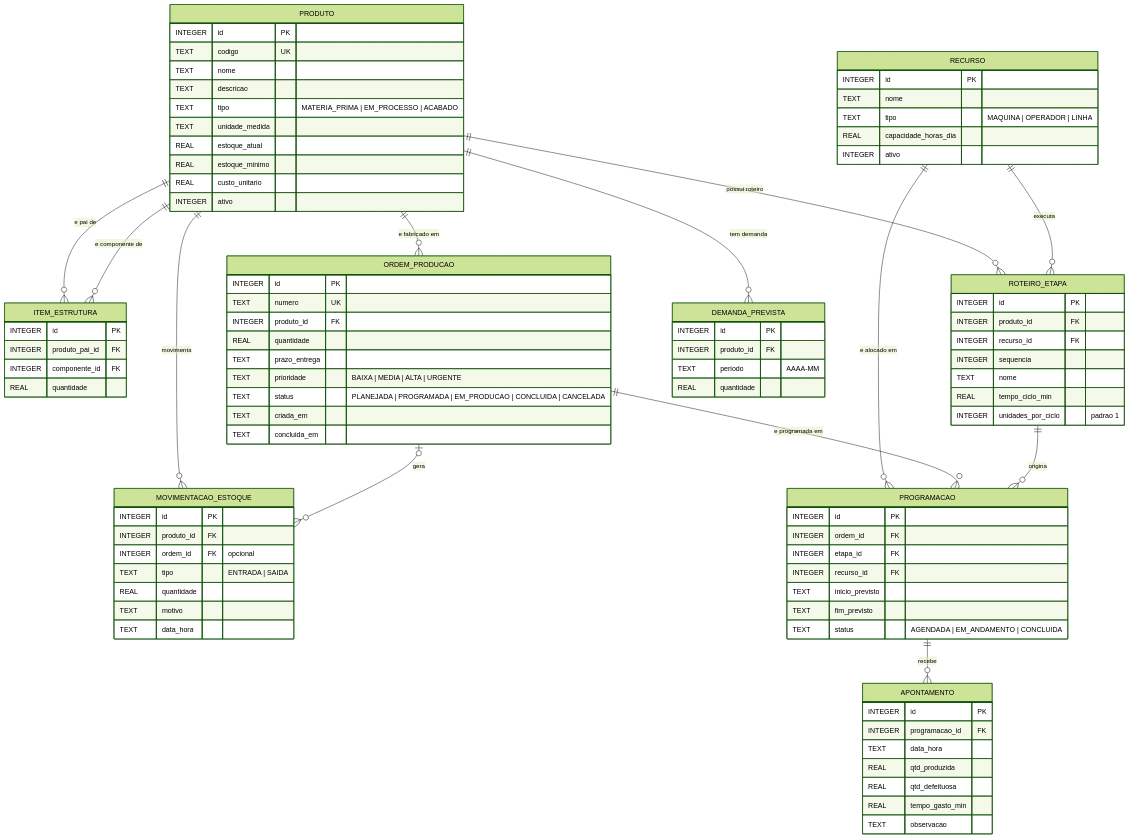
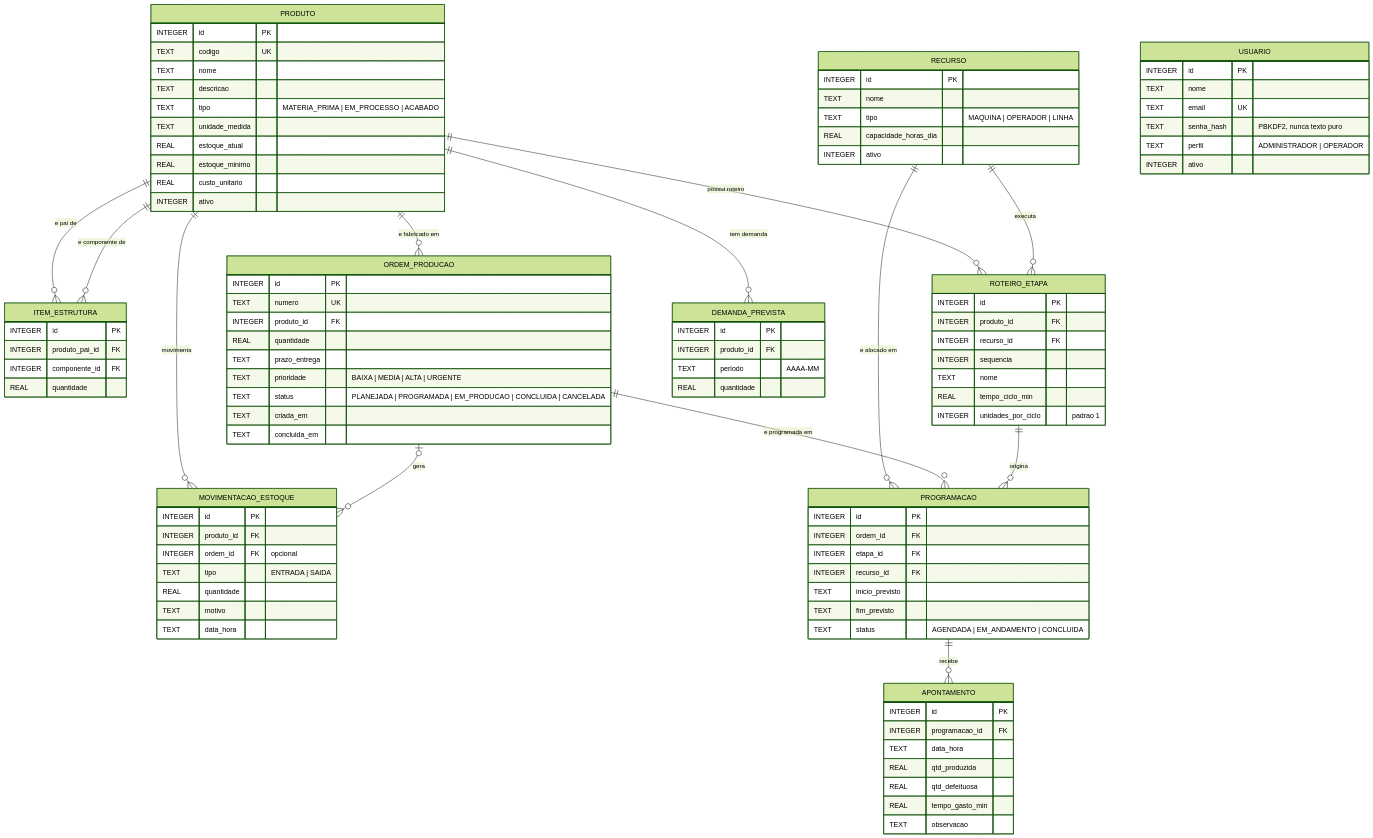
Before and after one commit to luansouzac/fabricx-pcp: the diagram in docs/der/der.mmd, drawn with Mermaid (forest theme). The commit also changed 16 other files, not shown here.

Commit message:
Adiciona usuário com senha em hash PBKDF2, tabela, seed e DER

```diff
--- a/docs/der/der.mmd
+++ b/docs/der/der.mmd
@@ -1,92 +1,100 @@
 erDiagram
     PRODUTO ||--o{ ITEM_ESTRUTURA : "e pai de"
     PRODUTO ||--o{ ITEM_ESTRUTURA : "e componente de"
     PRODUTO ||--o{ ROTEIRO_ETAPA : "possui roteiro"
     PRODUTO ||--o{ ORDEM_PRODUCAO : "e fabricado em"
     PRODUTO ||--o{ MOVIMENTACAO_ESTOQUE : "movimenta"
     PRODUTO ||--o{ DEMANDA_PREVISTA : "tem demanda"
     RECURSO ||--o{ ROTEIRO_ETAPA : "executa"
     RECURSO ||--o{ PROGRAMACAO : "e alocado em"
     ORDEM_PRODUCAO ||--o{ PROGRAMACAO : "e programada em"
     ORDEM_PRODUCAO |o--o{ MOVIMENTACAO_ESTOQUE : "gera"
     ROTEIRO_ETAPA ||--o{ PROGRAMACAO : "origina"
     PROGRAMACAO ||--o{ APONTAMENTO : "recebe"
 
     PRODUTO {
         INTEGER id PK
         TEXT codigo UK
         TEXT nome
         TEXT descricao
         TEXT tipo "MATERIA_PRIMA | EM_PROCESSO | ACABADO"
         TEXT unidade_medida
         REAL estoque_atual
         REAL estoque_minimo
         REAL custo_unitario
         INTEGER ativo
     }
     ITEM_ESTRUTURA {
         INTEGER id PK
         INTEGER produto_pai_id FK
         INTEGER componente_id FK
         REAL quantidade
     }
     RECURSO {
         INTEGER id PK
         TEXT nome
         TEXT tipo "MAQUINA | OPERADOR | LINHA"
         REAL capacidade_horas_dia
         INTEGER ativo
     }
     ROTEIRO_ETAPA {
         INTEGER id PK
         INTEGER produto_id FK
         INTEGER recurso_id FK
         INTEGER sequencia
         TEXT nome
         REAL tempo_ciclo_min
         INTEGER unidades_por_ciclo "padrao 1"
     }
     ORDEM_PRODUCAO {
         INTEGER id PK
         TEXT numero UK
         INTEGER produto_id FK
         REAL quantidade
         TEXT prazo_entrega
         TEXT prioridade "BAIXA | MEDIA | ALTA | URGENTE"
         TEXT status "PLANEJADA | PROGRAMADA | EM_PRODUCAO | CONCLUIDA | CANCELADA"
         TEXT criada_em
         TEXT concluida_em
     }
     PROGRAMACAO {
         INTEGER id PK
         INTEGER ordem_id FK
         INTEGER etapa_id FK
         INTEGER recurso_id FK
         TEXT inicio_previsto
         TEXT fim_previsto
         TEXT status "AGENDADA | EM_ANDAMENTO | CONCLUIDA"
     }
     APONTAMENTO {
         INTEGER id PK
         INTEGER programacao_id FK
         TEXT data_hora
         REAL qtd_produzida
         REAL qtd_defeituosa
         REAL tempo_gasto_min
         TEXT observacao
     }
     MOVIMENTACAO_ESTOQUE {
         INTEGER id PK
         INTEGER produto_id FK
         INTEGER ordem_id FK "opcional"
         TEXT tipo "ENTRADA | SAIDA"
         REAL quantidade
         TEXT motivo
         TEXT data_hora
     }
     DEMANDA_PREVISTA {
         INTEGER id PK
         INTEGER produto_id FK
         TEXT periodo "AAAA-MM"
         REAL quantidade
     }
+    USUARIO {
+        INTEGER id PK
+        TEXT nome
+        TEXT email UK
+        TEXT senha_hash "PBKDF2, nunca texto puro"
+        TEXT perfil "ADMINISTRADOR | OPERADOR"
+        INTEGER ativo
+    }
```
